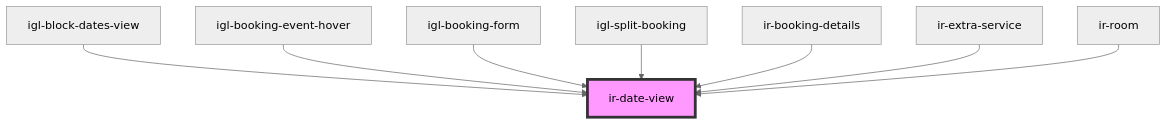
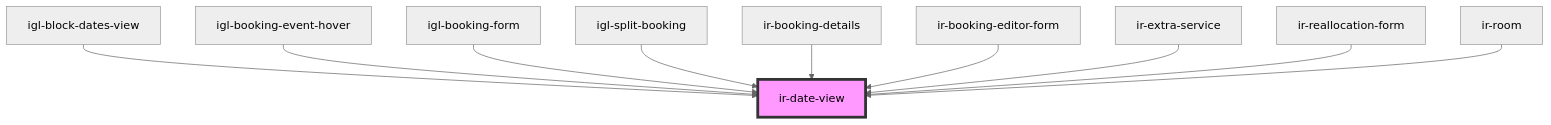
Before and after one commit to RonyRizk/ir-webcmp: the diagram in src/components/ir-date-view/readme.md, drawn with Mermaid (neutral theme). The commit also changed other lines of this file and 235 other files, not shown here.

````diff
--- a/src/components/ir-date-view/readme.md
+++ b/src/components/ir-date-view/readme.md
@@ -31,11 +33,13 @@
 ```mermaid
 graph TD;
   igl-block-dates-view --> ir-date-view
   igl-booking-event-hover --> ir-date-view
   igl-booking-form --> ir-date-view
   igl-split-booking --> ir-date-view
   ir-booking-details --> ir-date-view
+  ir-booking-editor-form --> ir-date-view
   ir-extra-service --> ir-date-view
+  ir-reallocation-form --> ir-date-view
   ir-room --> ir-date-view
   style ir-date-view fill:#f9f,stroke:#333,stroke-width:4px
 ```
````
